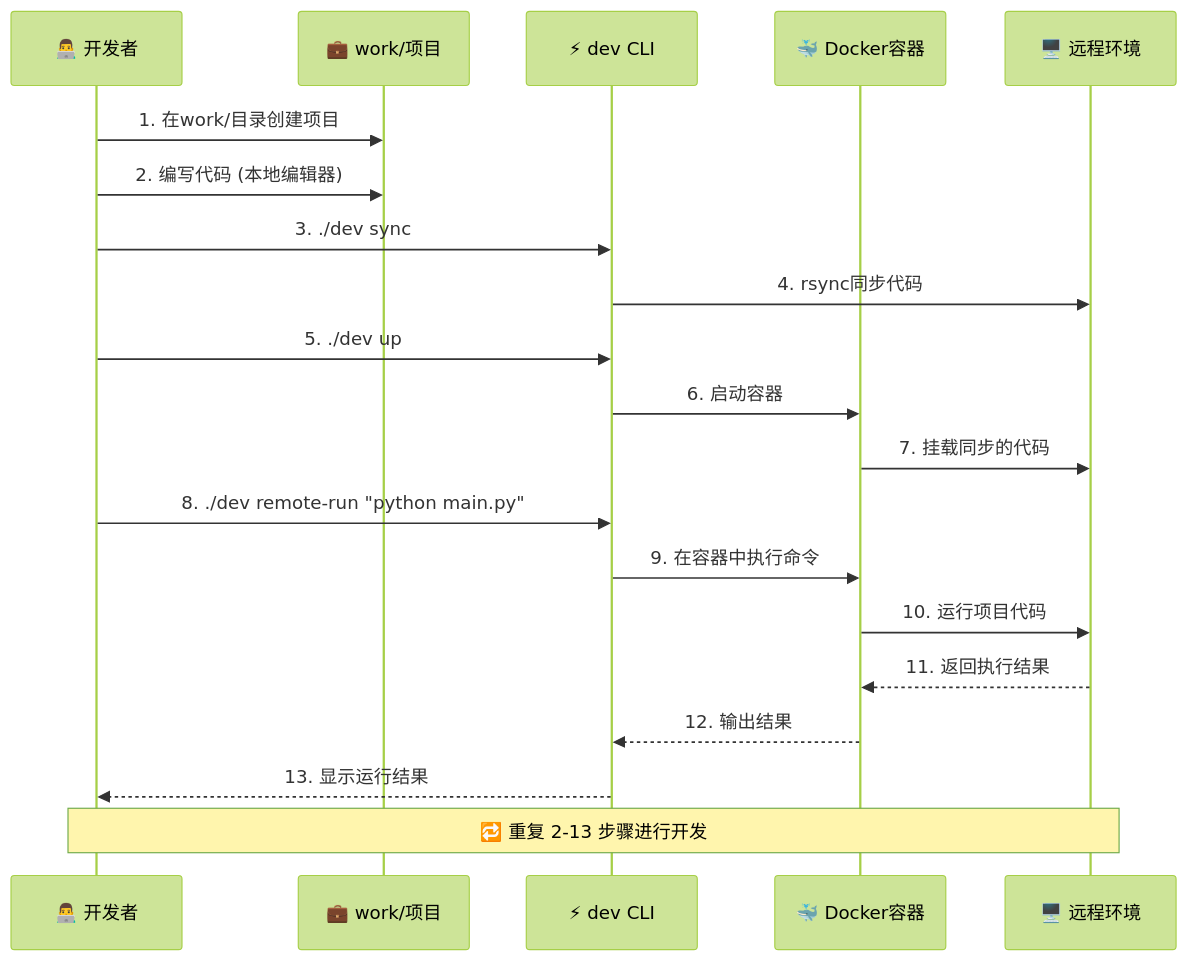
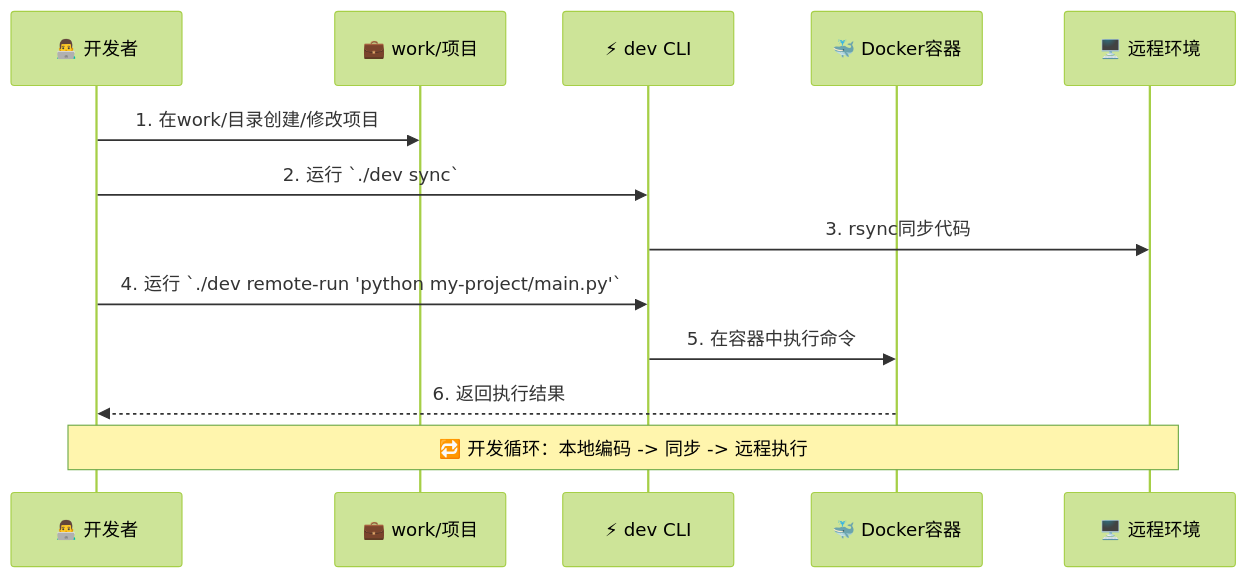
One commit to Zhang-Jingdian/remote-dev changed the second of 2 diagrams in README.md. Above: the diagram before and after it, drawn with Mermaid (forest theme). The commit also changed other lines of this file, not shown here.

````diff
--- a/README.md
+++ b/README.md
@@ -85,27 +67,18 @@
 ```mermaid
 sequenceDiagram
     participant Dev as 👨‍💻 开发者
     participant Work as 💼 work/项目
     participant CLI as ⚡ dev CLI
     participant Docker as 🐳 Docker容器
     participant Remote as 🖥️ 远程环境
 
-    Dev->>Work: 1. 在work/目录创建项目
-    Dev->>Work: 2. 编写代码 (本地编辑器)
+    Dev->>Work: 1. 在work/目录创建/修改项目
+    Dev->>CLI: 2. 运行 `./dev sync`
+    CLI->>Remote: 3. rsync同步代码
     
-    Dev->>CLI: 3. ./dev sync
-    CLI->>Remote: 4. rsync同步代码
+    Dev->>CLI: 4. 运行 `./dev remote-run 'python my-project/main.py'`
+    CLI->>Docker: 5. 在容器中执行命令
+    Docker-->>Dev: 6. 返回执行结果
     
-    Dev->>CLI: 5. ./dev up  
-    CLI->>Docker: 6. 启动容器
-    Docker->>Remote: 7. 挂载同步的代码
-    
-    Dev->>CLI: 8. ./dev remote-run "python main.py"
-    CLI->>Docker: 9. 在容器中执行命令
-    Docker->>Remote: 10. 运行项目代码
-    Remote-->>Docker: 11. 返回执行结果
-    Docker-->>CLI: 12. 输出结果
-    CLI-->>Dev: 13. 显示运行结果
-    
-    Note over Dev,Remote: 🔁 重复 2-13 步骤进行开发
+    Note over Dev,Remote: 🔁 开发循环：本地编码 -> 同步 -> 远程执行
 ```
````
